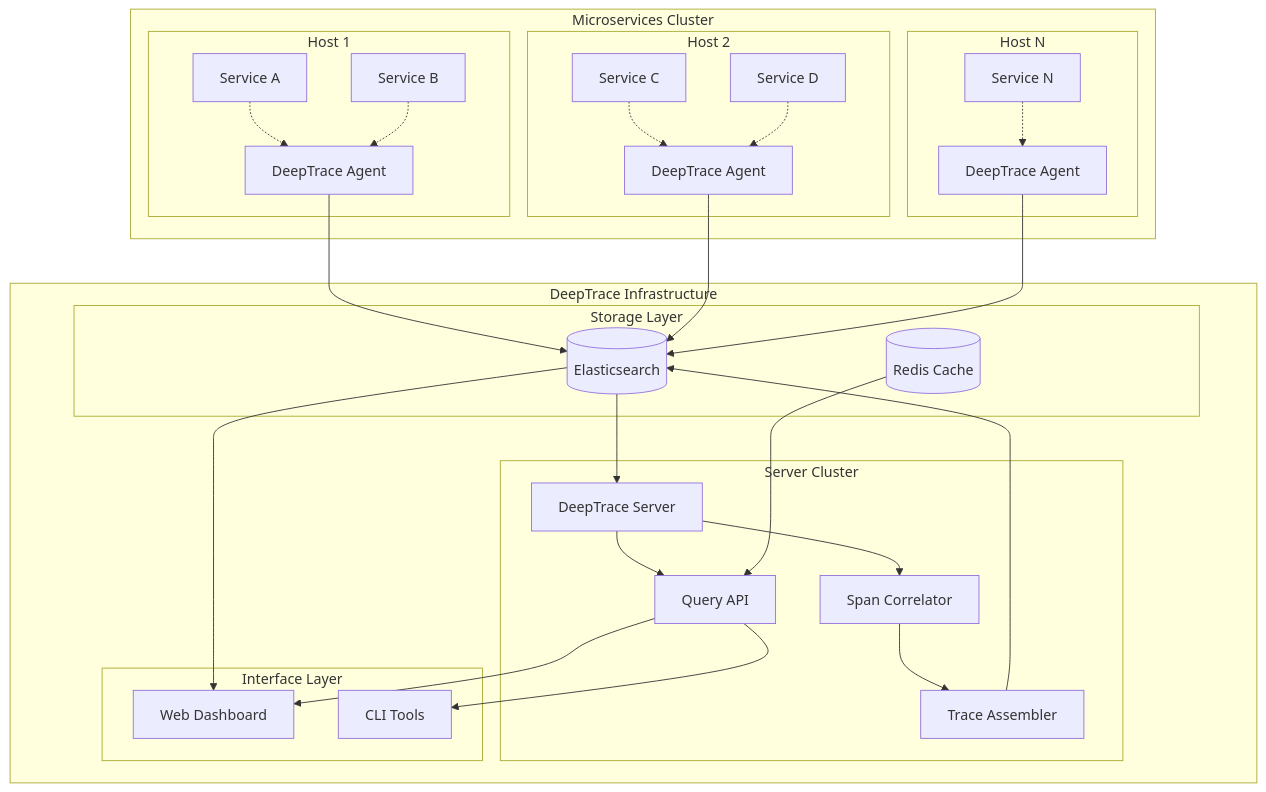
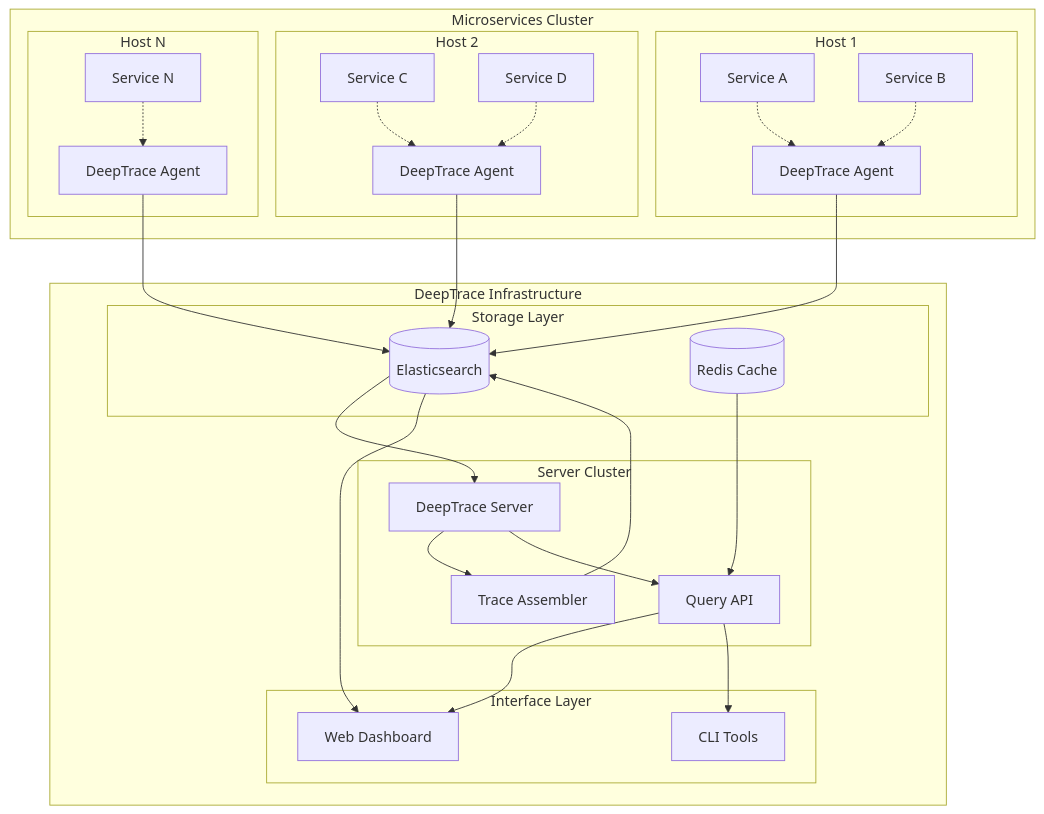
The first of 7 diagrams in docs/src/architecture/overview.md (DeepShield-AI/DeepTrace), drawn with Mermaid before and after one commit. The commit also changed other lines of this file and 31 other files, not shown here.

````diff
--- a/docs/src/architecture/overview.md
+++ b/docs/src/architecture/overview.md
@@ -26,61 +26,59 @@
 ```mermaid
 graph TB
     subgraph "Microservices Cluster"
         subgraph "Host 1"
             APP1[Service A]
             APP2[Service B]
             AGENT1[DeepTrace Agent]
             APP1 -.-> AGENT1
             APP2 -.-> AGENT1
         end
         
         subgraph "Host 2"
             APP3[Service C]
             APP4[Service D]
             AGENT2[DeepTrace Agent]
             APP3 -.-> AGENT2
             APP4 -.-> AGENT2
         end
         
         subgraph "Host N"
             APPN[Service N]
             AGENTN[DeepTrace Agent]
             APPN -.-> AGENTN
         end
     end
     
     subgraph "DeepTrace Infrastructure"
         subgraph "Server Cluster"
             SERVER[DeepTrace Server]
-            CORRELATOR[Span Correlator]
             ASSEMBLER[Trace Assembler]
             API[Query API]
         end
         
         subgraph "Storage Layer"
             ES[(Elasticsearch)]
             CACHE[(Redis Cache)]
         end
         
         subgraph "Interface Layer"
             WEB[Web Dashboard]
             CLI[CLI Tools]
         end
     end
     
     AGENT1 --> ES
     AGENT2 --> ES
     AGENTN --> ES
     
     ES --> SERVER
-    SERVER --> CORRELATOR
-    CORRELATOR --> ASSEMBLER
+    SERVER --> ASSEMBLER
     ASSEMBLER --> ES
     
     SERVER --> API
     API --> WEB
     API --> CLI
     
     ES --> WEB
     CACHE --> API
 ```
````
